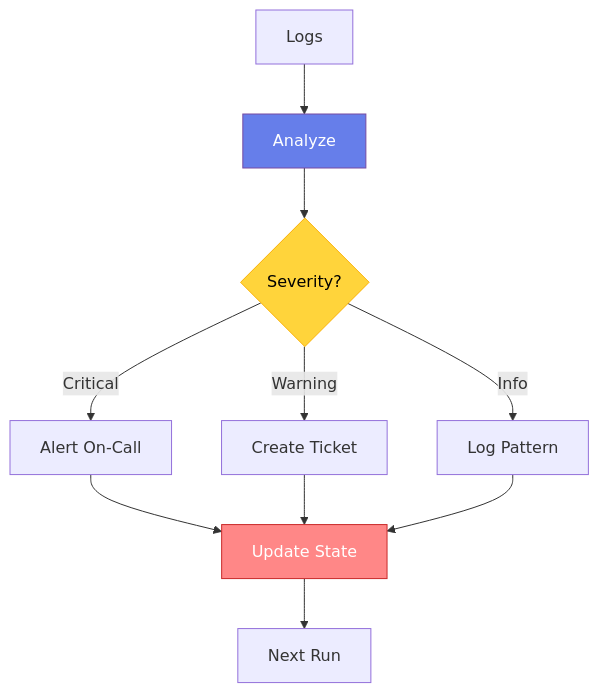
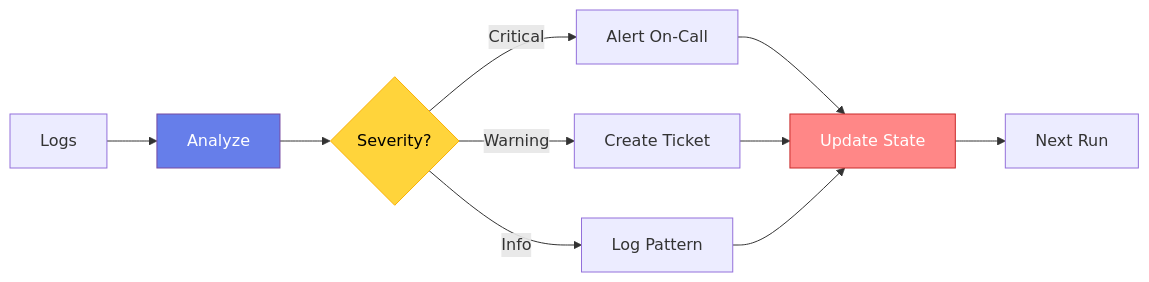
Before and after one commit to VersusControl/devops-ai-guidelines: the third of 6 diagrams in 03-ai-agent-for-devops/05-levels-of-ai-logging-systems.md, drawn with Mermaid. The commit also changed 1 other file, not shown here.

````diff
--- a/03-ai-agent-for-devops/05-levels-of-ai-logging-systems.md
+++ b/03-ai-agent-for-devops/05-levels-of-ai-logging-systems.md
@@ -117,19 +117,19 @@
 ```mermaid
-graph TB
+graph LR
     A[Logs] --> B[Analyze]
     B --> C{Severity?}
     
     C -->|Critical| D[Alert On-Call]
     C -->|Warning| E[Create Ticket]
     C -->|Info| F[Log Pattern]
     
     D --> G[Update State]
     E --> G
     F --> G
     
     G --> H[Next Run]
     
     style B fill:#667eea,stroke:#764ba2,color:#fff
     style C fill:#ffd43b,stroke:#fab005,color:#000
     style G fill:#ff8787,stroke:#c92a2a,color:#fff
 ```
````
